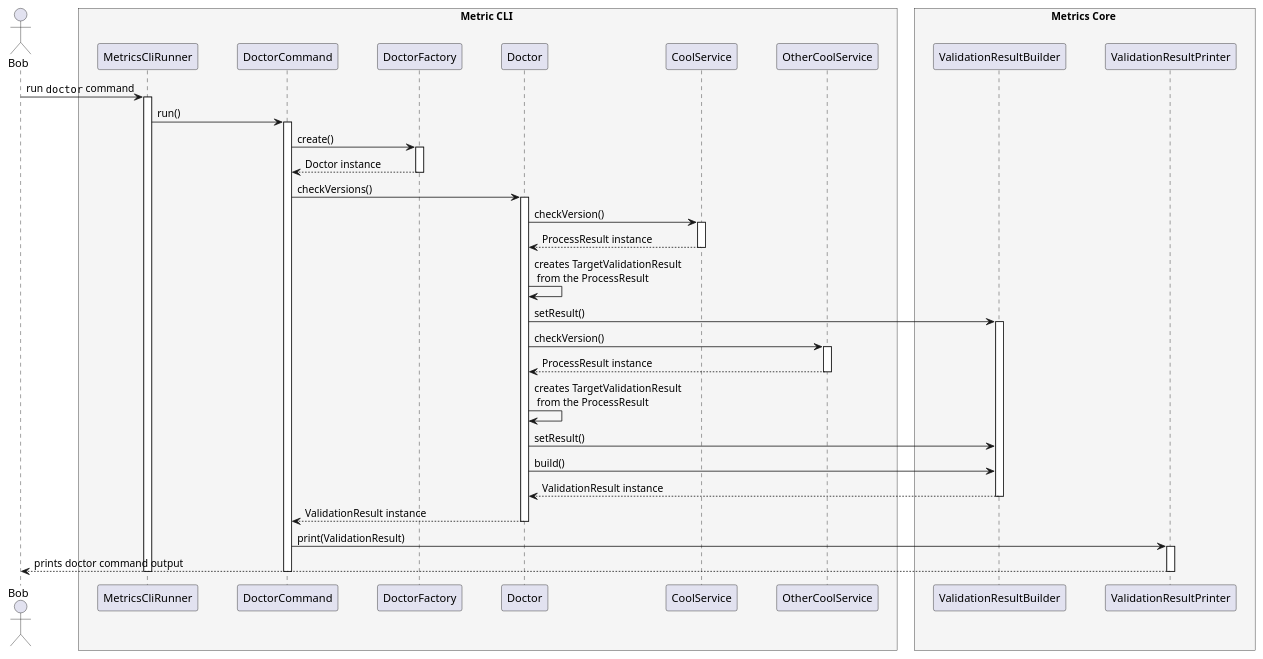
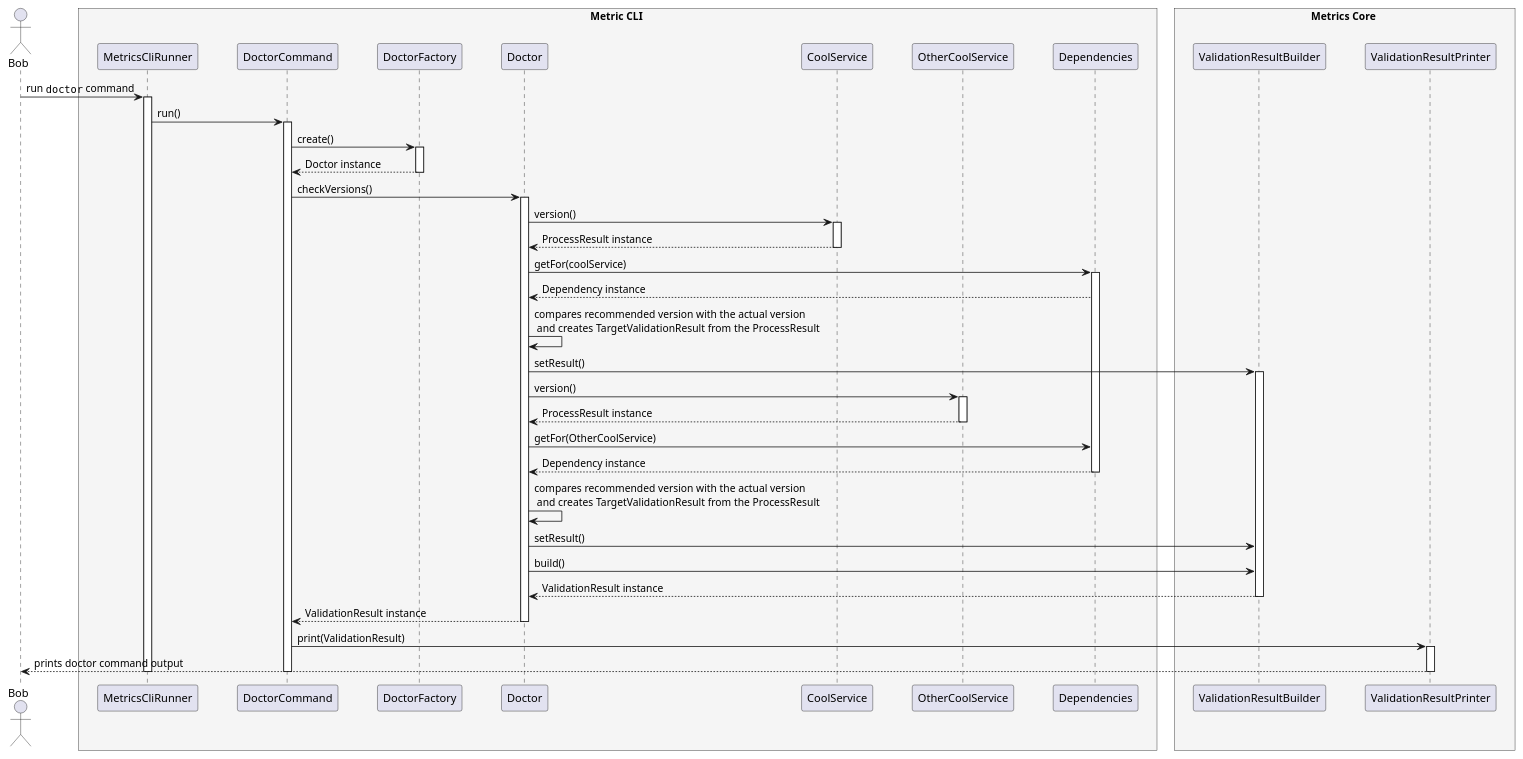
Before and after one commit to Flank/flank-dashboard: the diagram in metrics/cli/docs/features/doctor_output_improvements/diagrams/doctor_output_improvements_sequence_diagram.puml, drawn with PlantUML.

Commit message:
Update doctor sequence diagram

```diff
--- a/metrics/cli/docs/features/doctor_output_improvements/diagrams/doctor_output_improvements_sequence_diagram.puml
+++ b/metrics/cli/docs/features/doctor_output_improvements/diagrams/doctor_output_improvements_sequence_diagram.puml
@@ -1,74 +1,84 @@
 @startuml doctor_command_sequence_diagram
 
 skinparam ParticipantPadding 20
 skinparam BoxPadding 10
 
 actor Bob
 
 box Metric CLI #whiteSmoke
 
 participant MetricsCliRunner
 participant DoctorCommand
 participant DoctorFactory
 participant Doctor
 participant CoolService
 participant OtherCoolService
+participant Dependencies
 
 end box
 
 box Metrics Core #whiteSmoke
 
 participant ValidationResultBuilder
 participant ValidationResultPrinter
 
 end box
 
 Bob -> MetricsCliRunner : run ""doctor"" command
 activate MetricsCliRunner
 
 MetricsCliRunner -> DoctorCommand : run()
 activate DoctorCommand
 
 DoctorCommand -> DoctorFactory : create()
 activate DoctorFactory
 
 DoctorFactory --> DoctorCommand : Doctor instance
 deactivate DoctorFactory
 
 DoctorCommand -> Doctor : checkVersions()
 activate Doctor
 
-Doctor -> CoolService : checkVersion()
+Doctor -> CoolService : version()
 activate CoolService
 
 CoolService --> Doctor : ProcessResult instance
 deactivate CoolService
 
-Doctor -> Doctor : creates TargetValidationResult \n from the ProcessResult
+Doctor -> Dependencies : getFor(coolService)
+activate Dependencies
+Dependencies --> Doctor : Dependency instance
+
+Doctor -> Doctor : compares recommended version with the actual version \n and creates TargetValidationResult from the ProcessResult
 Doctor -> ValidationResultBuilder : setResult()
 activate ValidationResultBuilder
 
-Doctor -> OtherCoolService : checkVersion()
+Doctor -> OtherCoolService : version()
 activate OtherCoolService
 OtherCoolService --> Doctor : ProcessResult instance
 deactivate OtherCoolService
 
-Doctor -> Doctor : creates TargetValidationResult \n from the ProcessResult
+Doctor -> Dependencies : getFor(OtherCoolService)
+Dependencies --> Doctor : Dependency instance
+deactivate Dependencies
+
+Doctor -> Doctor : compares recommended version with the actual version \n and creates TargetValidationResult from the ProcessResult
+
 Doctor -> ValidationResultBuilder : setResult()
 Doctor -> ValidationResultBuilder : build()
 ValidationResultBuilder --> Doctor :  ValidationResult instance
 deactivate ValidationResultBuilder
 
 Doctor --> DoctorCommand : ValidationResult instance
 deactivate Doctor
 
 DoctorCommand -> ValidationResultPrinter : print(ValidationResult)
 activate ValidationResultPrinter
 
 ValidationResultPrinter --> Bob : prints doctor command output
 deactivate ValidationResultPrinter
 
 deactivate DoctorCommand
 deactivate MetricsCliRunner
 
 @enduml
```
